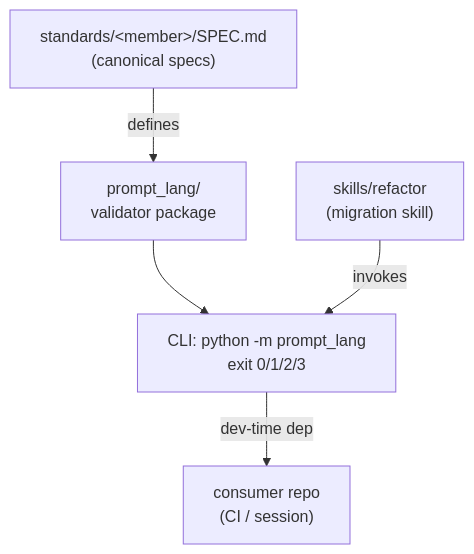
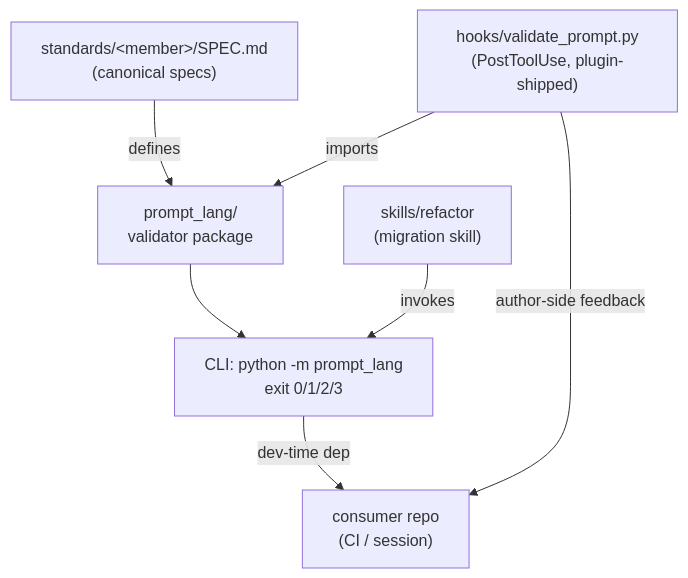
Before and after one commit to JJandDjango/foundations: the diagram in MAP.md, drawn with Mermaid. The commit also changed other lines of this file and 24 other files, not shown here.

First line of the commit message:
Pass 1: extract prompt_lang with teeth — package, tests, skill, hook, plugin

````diff
--- a/MAP.md
+++ b/MAP.md
@@ -7,7 +7,9 @@
 ```mermaid
 flowchart TD
     SPEC["standards/&lt;member&gt;/SPEC.md<br/>(canonical specs)"] -->|defines| PKG["prompt_lang/<br/>validator package"]
     PKG --> CLI["CLI: python -m prompt_lang<br/>exit 0/1/2/3"]
     SKILL["skills/refactor<br/>(migration skill)"] -->|invokes| CLI
+    HOOK["hooks/validate_prompt.py<br/>(PostToolUse, plugin-shipped)"] -->|imports| PKG
     CLI -->|dev-time dep| CONSUMER["consumer repo<br/>(CI / session)"]
+    HOOK -->|author-side feedback| CONSUMER
 ```
````
